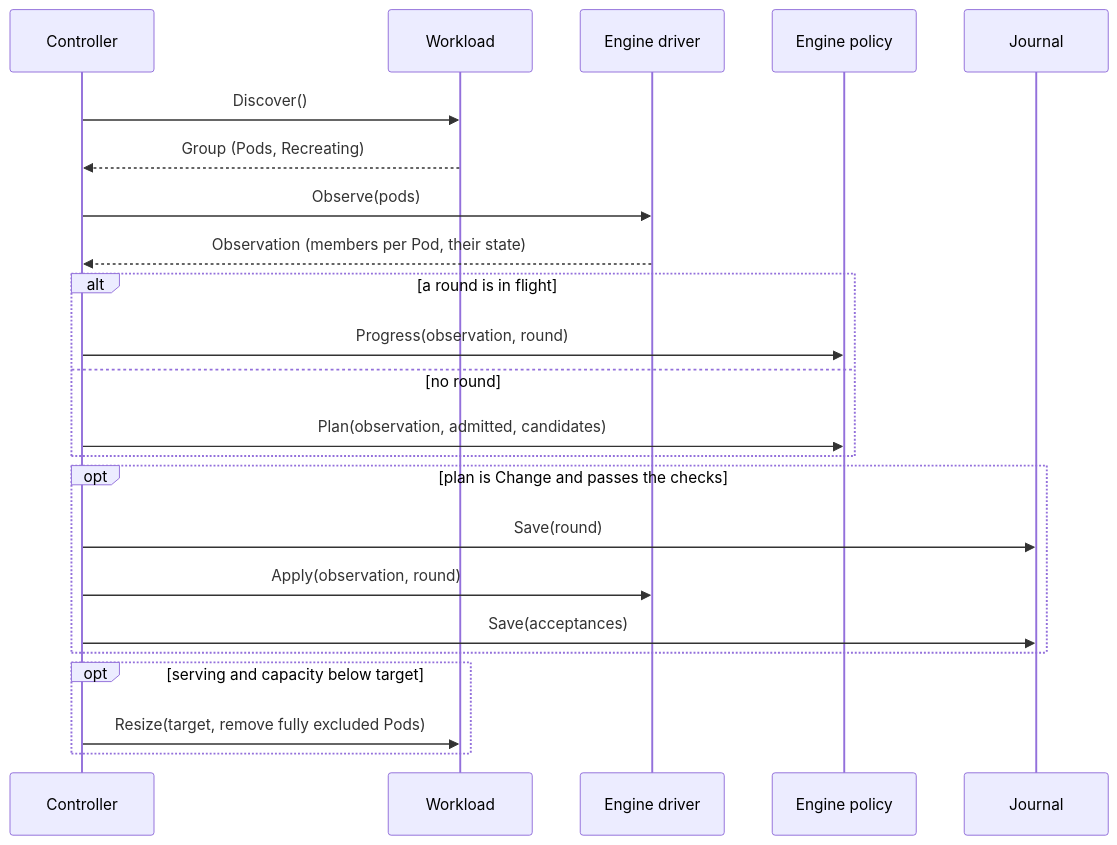
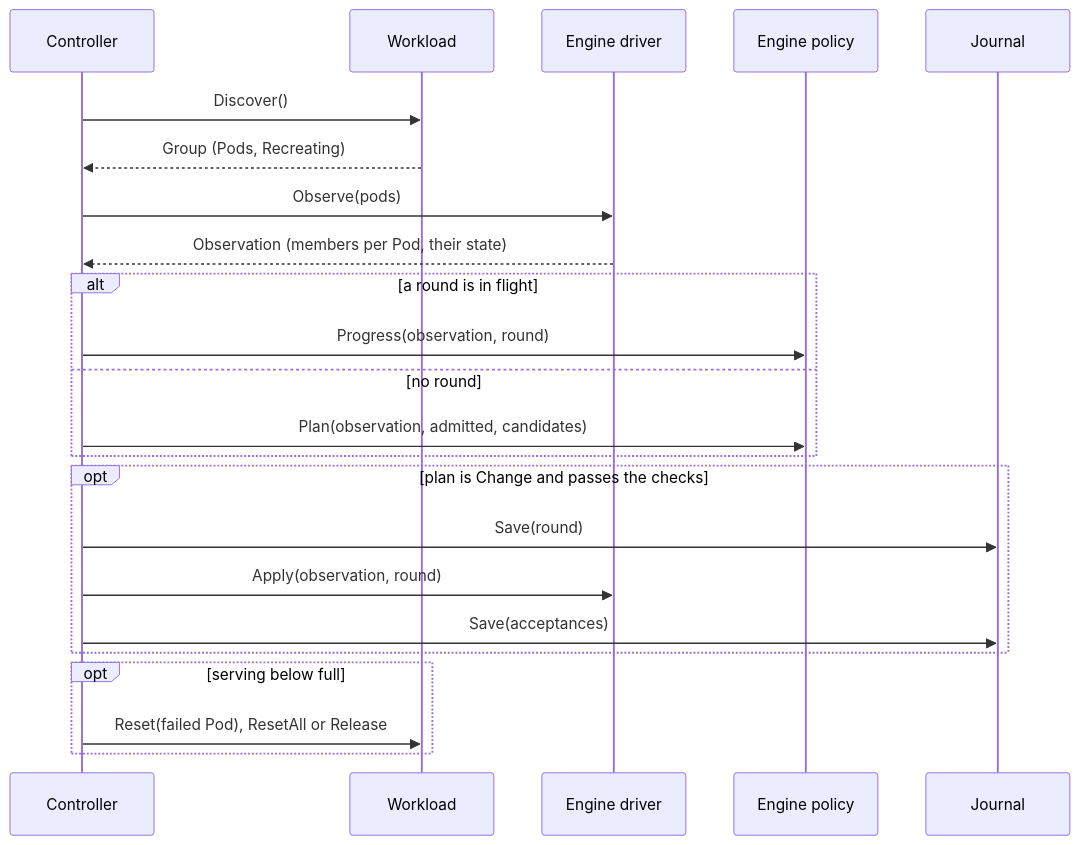
One commit to Etelis/llm-d-resiliency-operator changed the second of 3 diagrams in docs/design/contracts/README.md. Above: the diagram before and after it, drawn with Mermaid. The commit also changed other lines of this file and 7 other files, not shown here.

First line of the commit message:
Bring capacity back by resetting, not by adding Pods

````diff
--- a/docs/design/contracts/README.md
+++ b/docs/design/contracts/README.md
@@ -98,25 +97,25 @@
 ```mermaid
 sequenceDiagram
   participant C as Controller
   participant W as Workload
   participant D as Engine driver
   participant P as Engine policy
   participant J as Journal
   C->>W: Discover()
   W-->>C: Group (Pods, Recreating)
   C->>D: Observe(pods)
   D-->>C: Observation (members per Pod, their state)
   alt a round is in flight
     C->>P: Progress(observation, round)
   else no round
     C->>P: Plan(observation, admitted, candidates)
   end
   opt plan is Change and passes the checks
     C->>J: Save(round)
     C->>D: Apply(observation, round)
     C->>J: Save(acceptances)
   end
-  opt serving and capacity below target
-    C->>W: Resize(target, remove fully excluded Pods)
+  opt serving below full
+    C->>W: Reset(failed Pod), ResetAll or Release
   end
 ```
````
